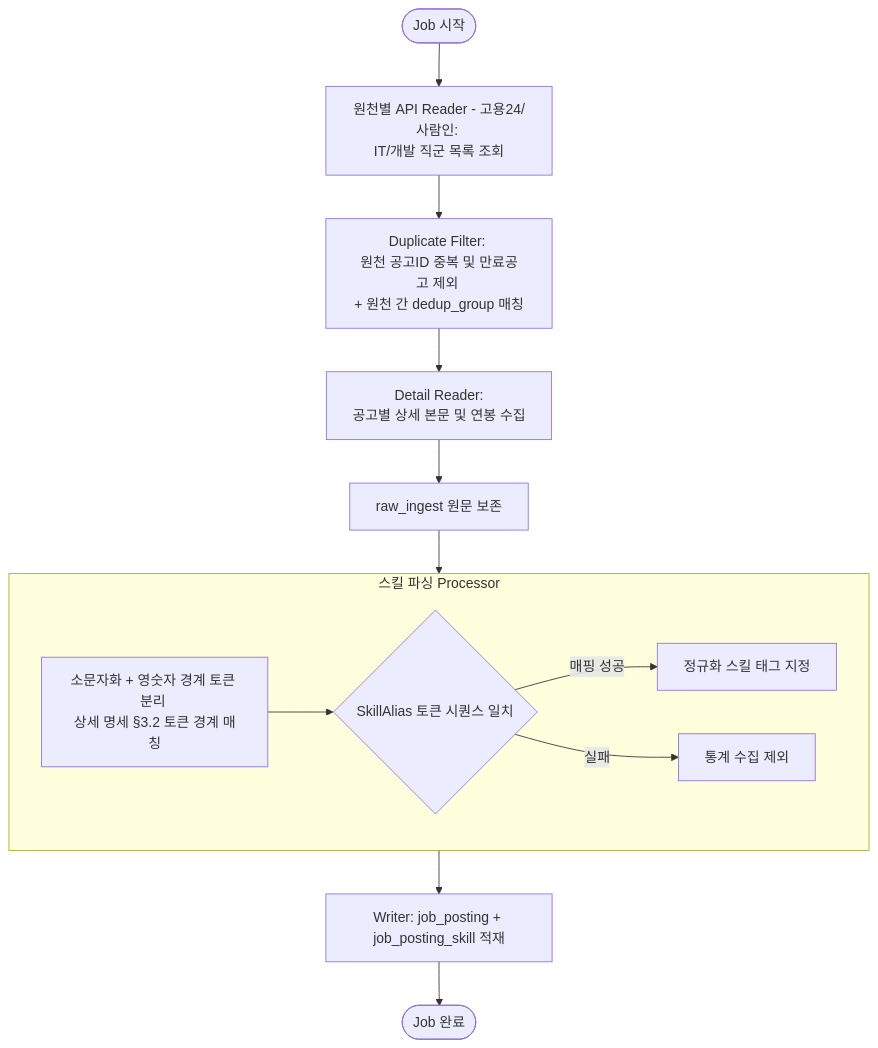
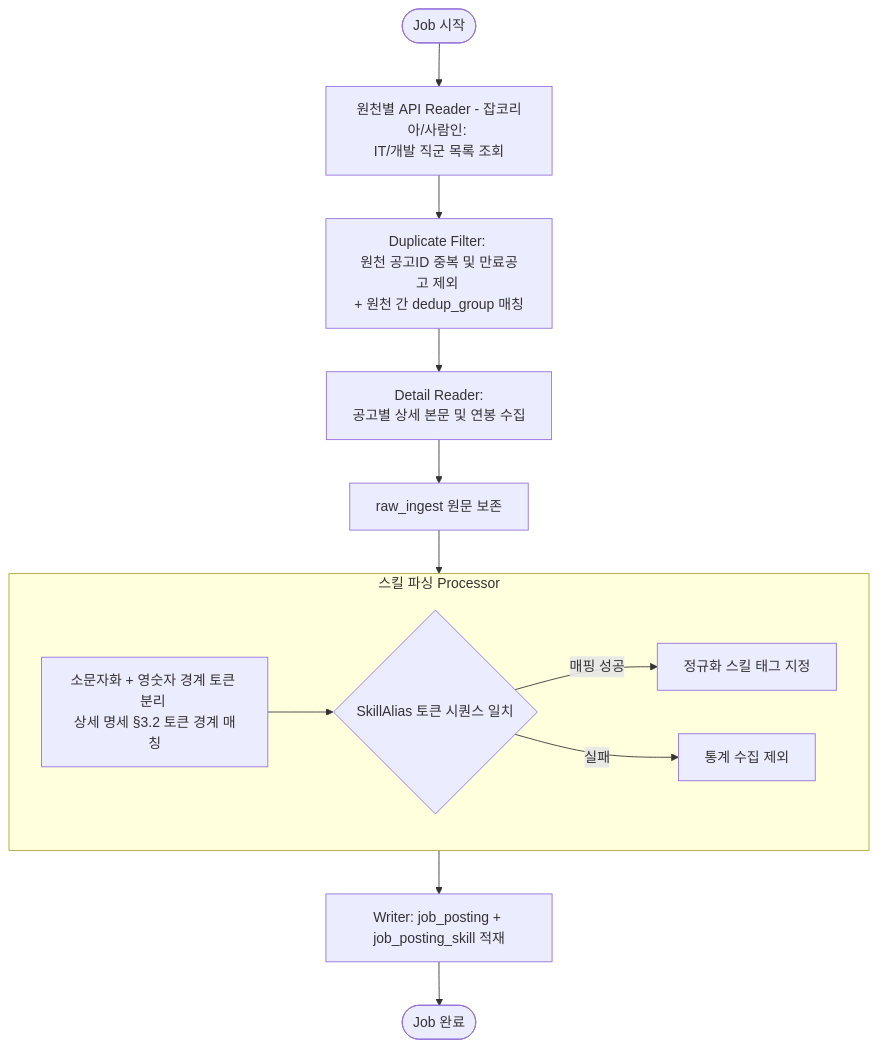
One commit to SeoHyeokGyu/Carix changed the third of 5 diagrams in docs/specs/application-workflow.md. Above: the diagram before and after it, drawn with Mermaid. The commit also changed other lines of this file and 4 other files, not shown here.

````diff
--- a/docs/specs/application-workflow.md
+++ b/docs/specs/application-workflow.md
@@ -119,17 +113,17 @@
 ```mermaid
 flowchart TD
-    Start([Job 시작]) --> Reader[원천별 API Reader - 고용24/사람인: <br>IT/개발 직군 목록 조회]
+    Start([Job 시작]) --> Reader[원천별 API Reader - 잡코리아/사람인: <br>IT/개발 직군 목록 조회]
     Reader --> Filter[Duplicate Filter: <br>원천 공고ID 중복 및 만료공고 제외 <br>+ 원천 간 dedup_group 매칭]
     Filter --> DetailReader[Detail Reader: <br>공고별 상세 본문 및 연봉 수집]
     
     subgraph SkillParser [스킬 파싱 Processor]
         Preprocess[소문자화 + 영숫자 경계 토큰 분리 <br>상세 명세 §3.2 토큰 경계 매칭] --> AliasMatch{SkillAlias 토큰 시퀀스 일치}
         AliasMatch -->|매핑 성공| TagSkill[정규화 스킬 태그 지정]
         AliasMatch -->|실패| Drop[통계 수집 제외]
     end
     
     DetailReader --> RawStore[raw_ingest 원문 보존]
     RawStore --> SkillParser
     SkillParser --> Writer[Writer: job_posting + job_posting_skill 적재]
     Writer --> End([Job 완료])
 ```
````
